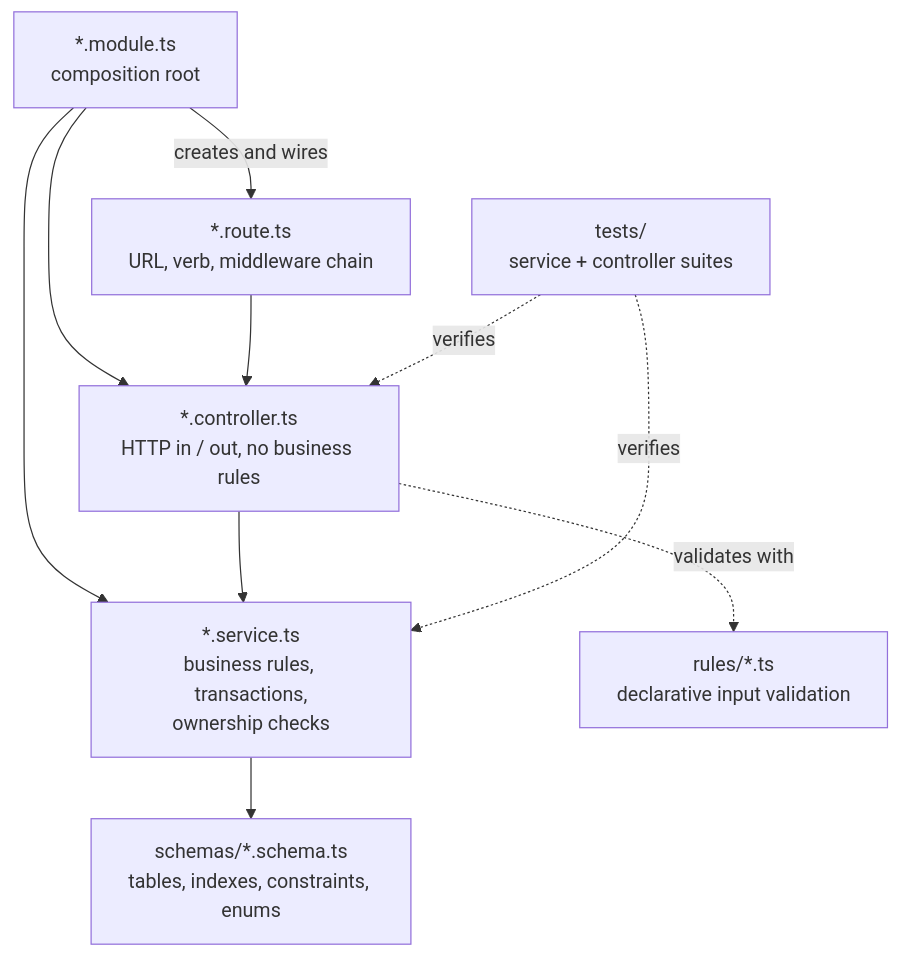
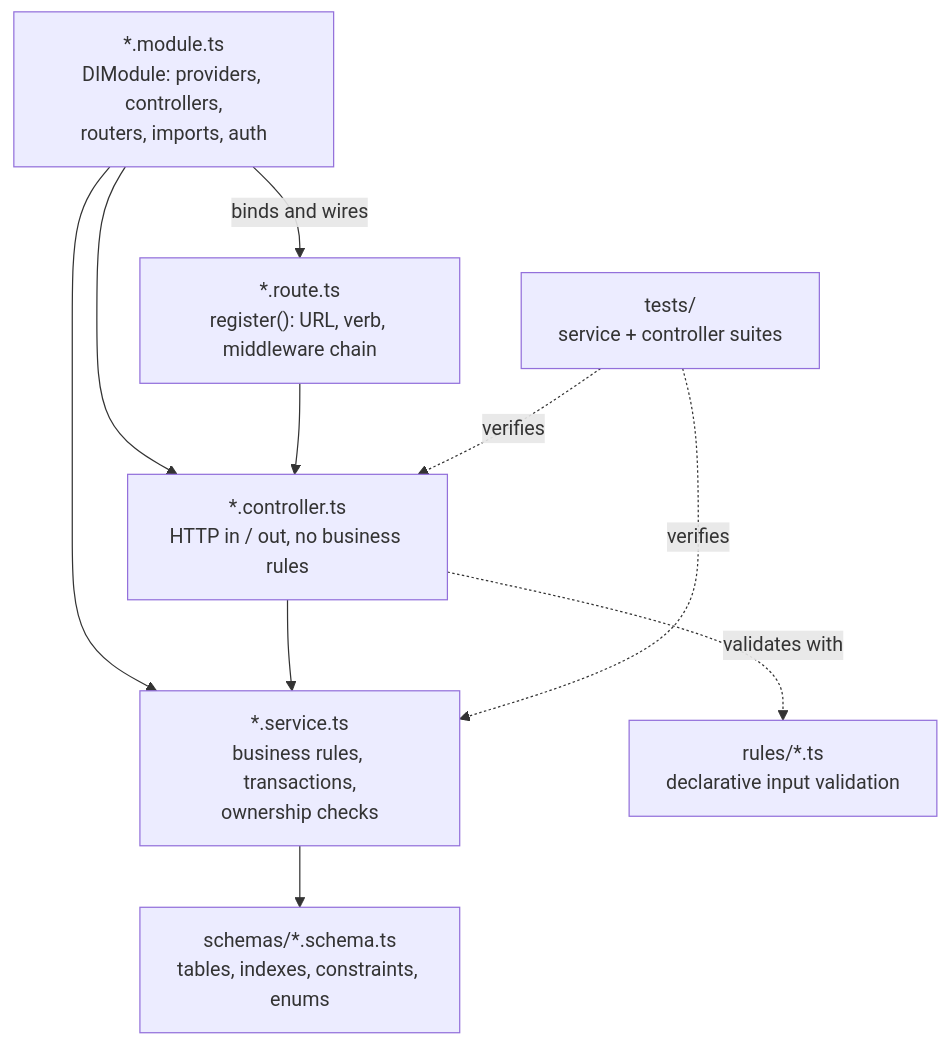
The third of 8 diagrams in README.md (ZenZN99/Zentro-Social-Network), drawn with Mermaid before and after one commit. The commit also changed other lines of this file, not shown here.

````diff
--- a/README.md
+++ b/README.md
@@ -318,20 +340,20 @@
 ```mermaid
 flowchart TB
-  M["*.module.ts<br/>composition root"]
-  R["*.route.ts<br/>URL, verb, middleware chain"]
+  M["*.module.ts<br/>DIModule: providers, controllers,<br/>routers, imports, auth"]
+  R["*.route.ts<br/>register(): URL, verb, middleware chain"]
   C["*.controller.ts<br/>HTTP in / out, no business rules"]
   S["*.service.ts<br/>business rules, transactions,<br/>ownership checks"]
   SC["schemas/*.schema.ts<br/>tables, indexes, constraints, enums"]
   RU["rules/*.ts<br/>declarative input validation"]
   T["tests/<br/>service + controller suites"]
 
-  M -->|"creates and wires"| R
+  M -->|"binds and wires"| R
   M --> C
   M --> S
   R --> C
   C --> S
   C -.->|"validates with"| RU
   S --> SC
   T -.->|"verifies"| S
   T -.->|"verifies"| C
 ```
````
